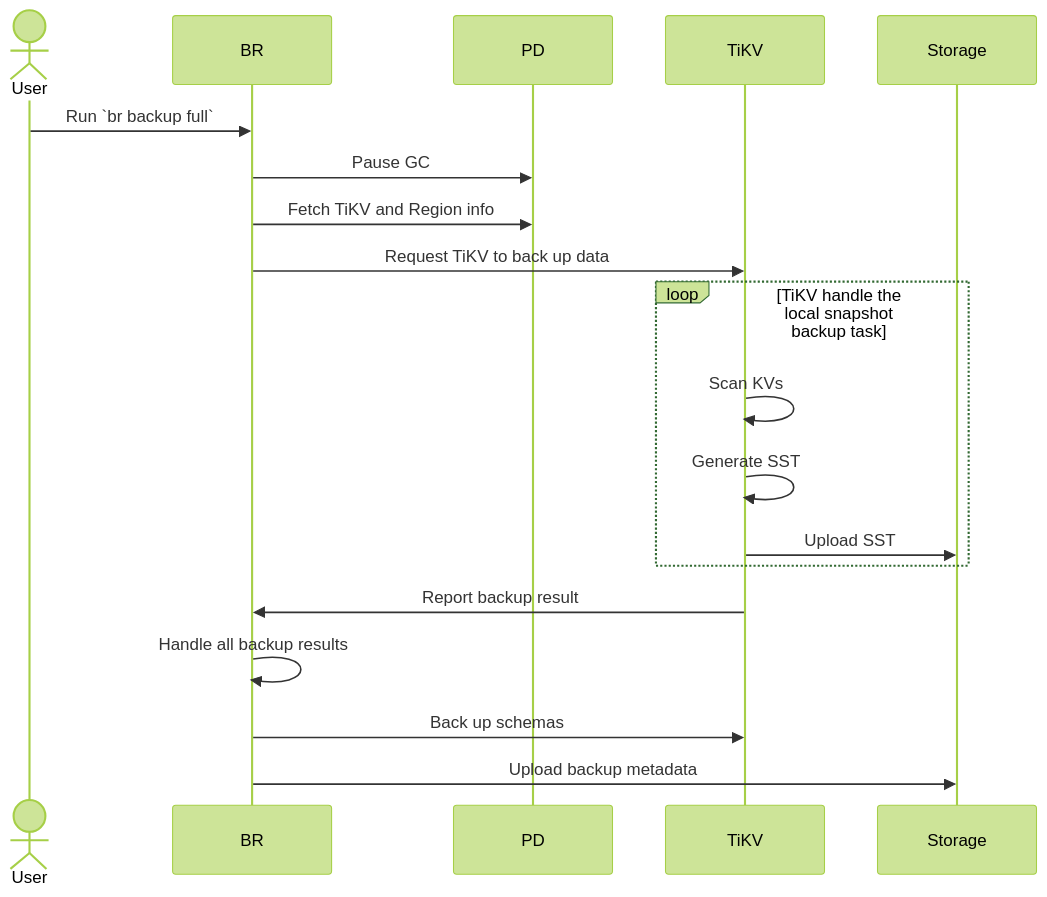
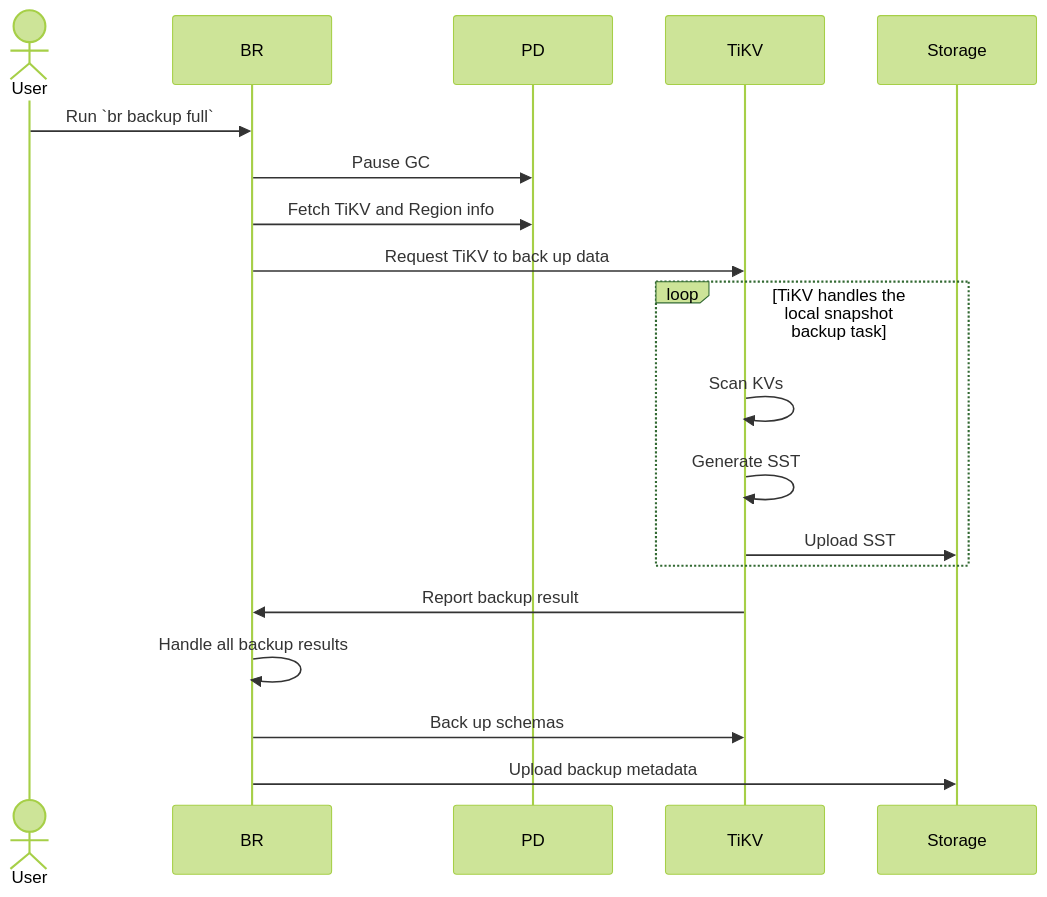
The first of 2 diagrams in br/br-snapshot-architecture.md (pingcap/docs), drawn with Mermaid (forest theme) before and after one commit. The commit also changed other lines of this file and 2 other files, not shown here.

````diff
--- a/br/br-snapshot-architecture.md
+++ b/br/br-snapshot-architecture.md
@@ -20,22 +20,22 @@
 ```mermaid
 sequenceDiagram
     actor User
     participant BR
     participant PD
     participant TiKV
     participant Storage
 
     User->>BR: Run `br backup full`
     BR->>PD: Pause GC
     BR->>PD: Fetch TiKV and Region info
     BR->>TiKV: Request TiKV to back up data
-    loop TiKV handle the local snapshot backup task
+    loop TiKV handles the local snapshot backup task
         TiKV->>TiKV: Scan KVs
         TiKV->>TiKV: Generate SST
         TiKV->>Storage: Upload SST
     end
     TiKV->>BR: Report backup result
     BR->>BR: Handle all backup results
     BR->>TiKV: Back up schemas
     BR->>Storage: Upload backup metadata
 ```
````
